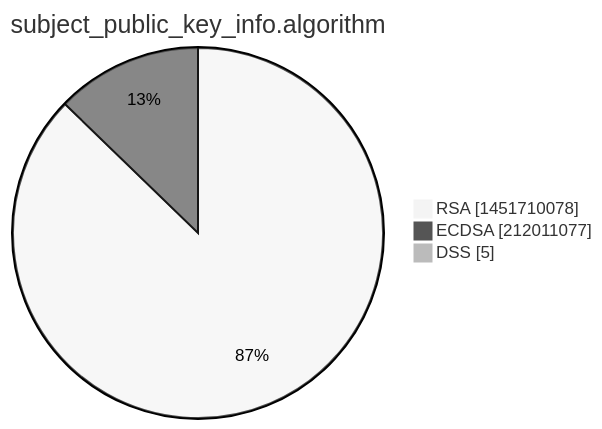
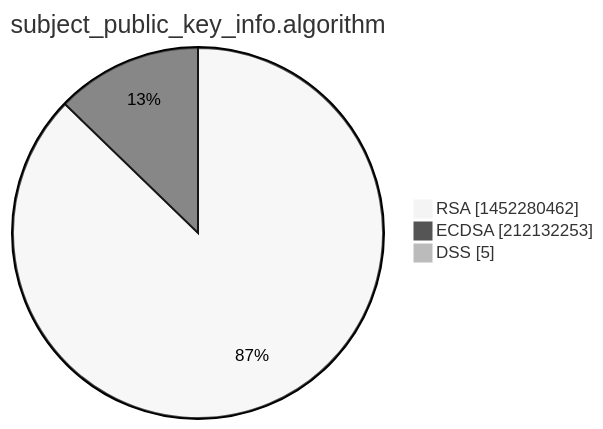
One commit to christiankrug/ctmonitor_visualization changed the third of 15 diagrams in xenon2022/README.md. Above: the diagram before and after it, drawn with Mermaid (neutral theme). The commit also changed other lines of this file, not shown here.

````diff
--- a/xenon2022/README.md
+++ b/xenon2022/README.md
@@ -14,7 +14,7 @@
 ```mermaid
 pie showData
 title subject_public_key_info.algorithm
-"RSA" :1451710078
-"ECDSA" :212011077
+"RSA" :1452280462
+"ECDSA" :212132253
 "DSS" :5
 ```
````
